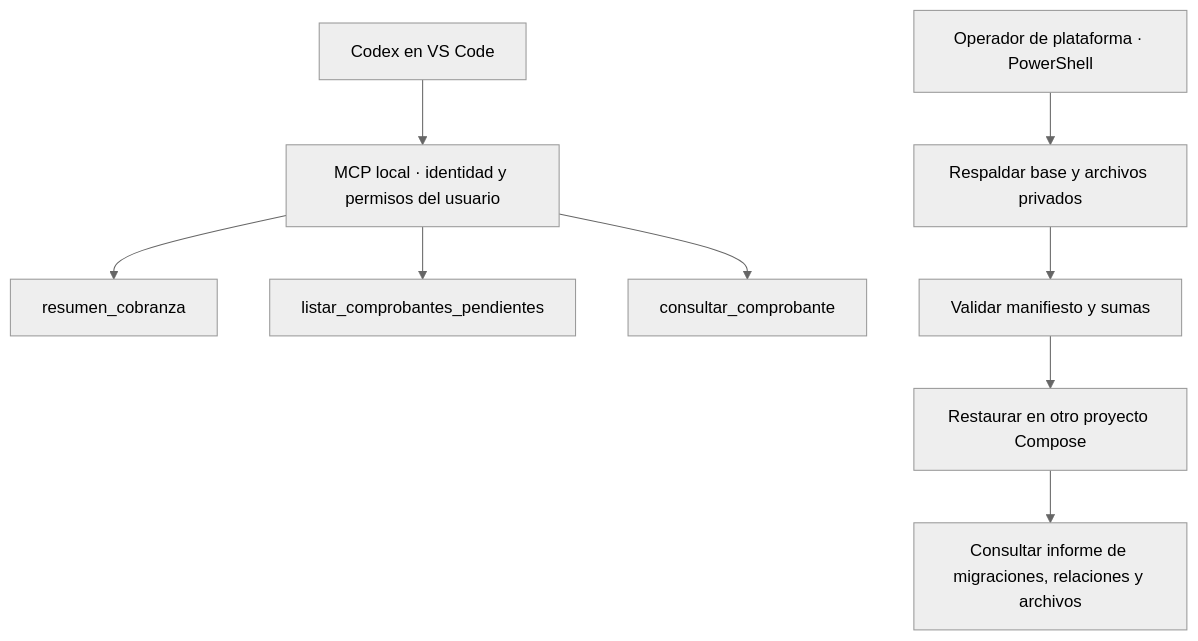
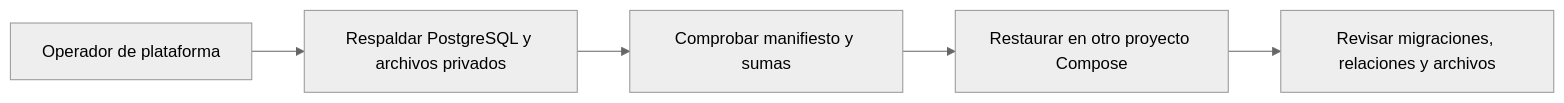
One commit to fmarquezrojas-dev/revenia changed the first of 2 diagrams in README.md. Above: the diagram before and after it, drawn with Mermaid (neutral theme). The commit also changed other lines of this file and 10 other files, not shown here.

````diff
--- a/README.md
+++ b/README.md
@@ -283,11 +295,7 @@
 ```mermaid
-flowchart TD
-    C["Codex en VS Code"] --> M["MCP local · identidad y permisos del usuario"]
-    M --> S["resumen_cobranza"]
-    M --> L["listar_comprobantes_pendientes"]
-    M --> D["consultar_comprobante"]
-    P["Operador de plataforma · PowerShell"] --> B["Respaldar base y archivos privados"]
-    B --> V["Validar manifiesto y sumas"]
+flowchart LR
+    P["Operador de plataforma"] --> B["Respaldar PostgreSQL y archivos privados"]
+    B --> V["Comprobar manifiesto y sumas"]
     V --> R["Restaurar en otro proyecto Compose"]
-    R --> I["Consultar informe de migraciones, relaciones y archivos"]
+    R --> I["Revisar migraciones, relaciones y archivos"]
 ```
````
